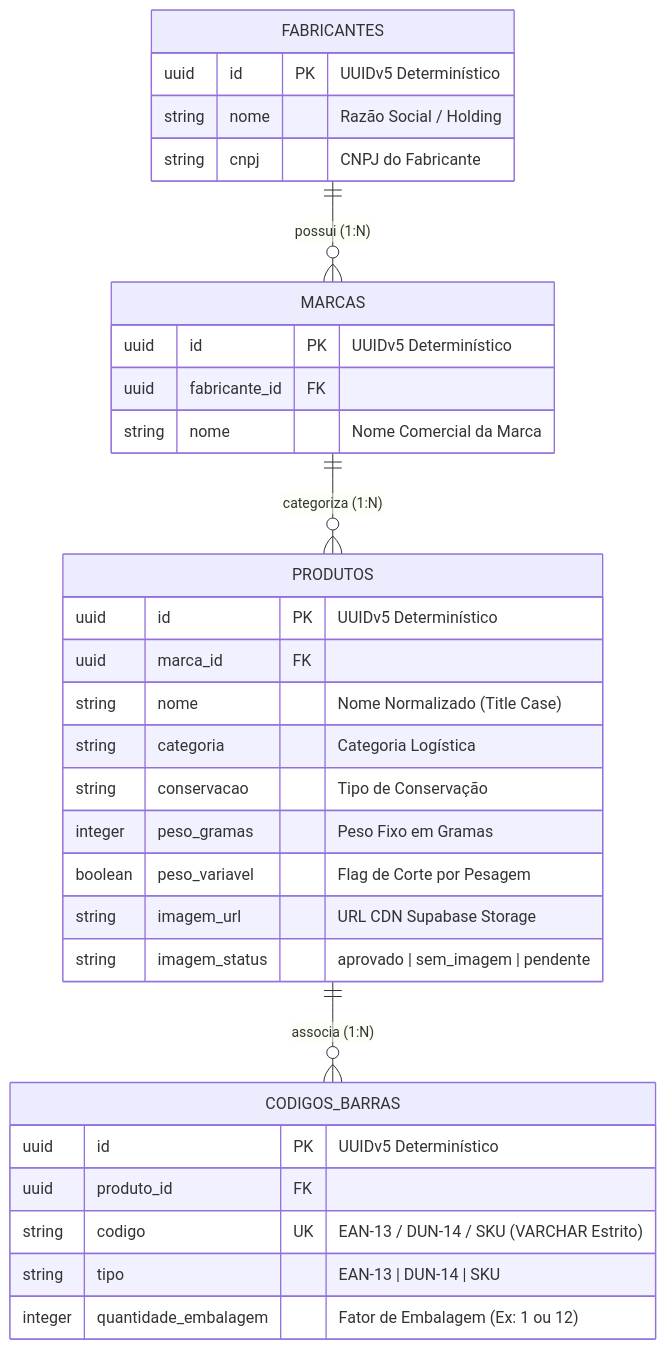
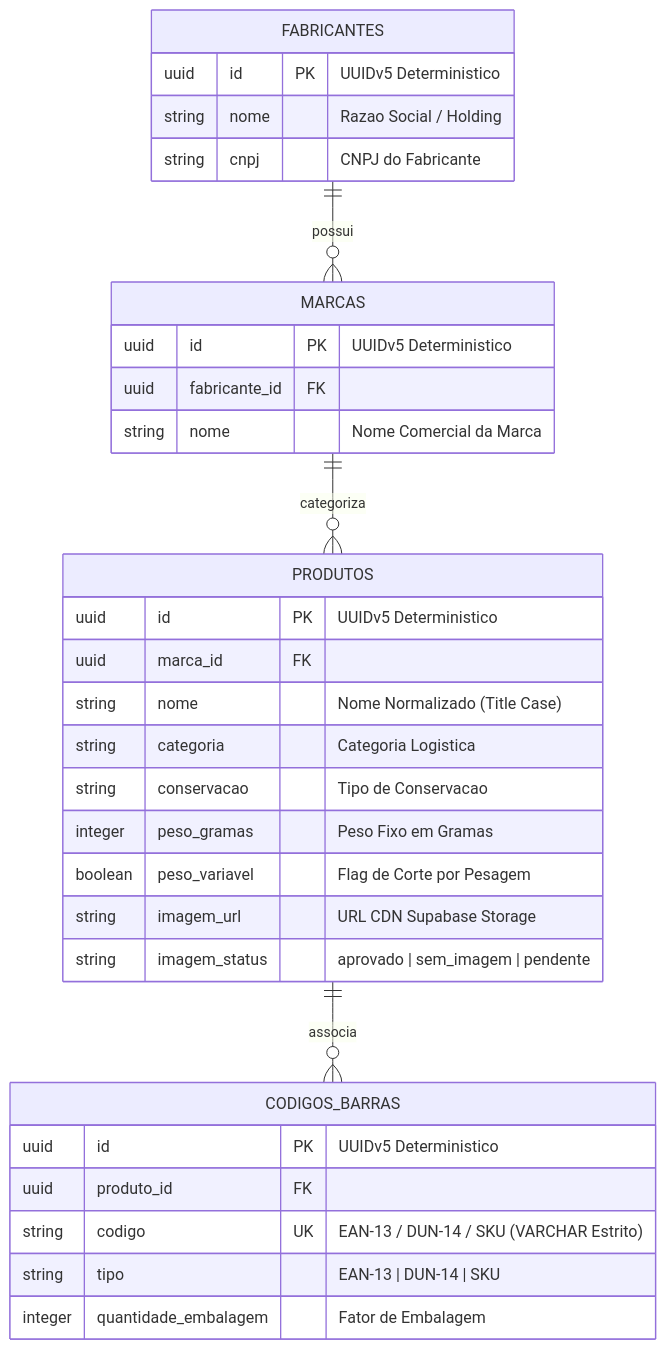
Before and after one commit to NaejBarbosa/paletscan-etl: the diagram in docs/schema-manifesto.md, drawn with Mermaid. The commit also changed 5 other files, not shown here.

Commit message:
fix(docs): corrige sintaxe dos diagramas Mermaid escapando aspas e caracteres especiais

````diff
--- a/docs/schema-manifesto.md
+++ b/docs/schema-manifesto.md
@@ -11,38 +11,38 @@
 ```mermaid
 erDiagram
-    FABRICANTES ||--o{ MARCAS : "possui (1:N)"
-    MARCAS ||--o{ PRODUTOS : "categoriza (1:N)"
-    PRODUTOS ||--o{ CODIGOS_BARRAS : "associa (1:N)"
+    FABRICANTES ||--o{ MARCAS : "possui"
+    MARCAS ||--o{ PRODUTOS : "categoriza"
+    PRODUTOS ||--o{ CODIGOS_BARRAS : "associa"
 
     FABRICANTES {
-        uuid id PK "UUIDv5 Determinístico"
-        string nome "Razão Social / Holding"
+        uuid id PK "UUIDv5 Deterministico"
+        string nome "Razao Social / Holding"
         string cnpj "CNPJ do Fabricante"
     }
 
     MARCAS {
-        uuid id PK "UUIDv5 Determinístico"
+        uuid id PK "UUIDv5 Deterministico"
         uuid fabricante_id FK
         string nome "Nome Comercial da Marca"
     }
 
     PRODUTOS {
-        uuid id PK "UUIDv5 Determinístico"
+        uuid id PK "UUIDv5 Deterministico"
         uuid marca_id FK
         string nome "Nome Normalizado (Title Case)"
-        string categoria "Categoria Logística"
-        string conservacao "Tipo de Conservação"
+        string categoria "Categoria Logistica"
+        string conservacao "Tipo de Conservacao"
         integer peso_gramas "Peso Fixo em Gramas"
         boolean peso_variavel "Flag de Corte por Pesagem"
         string imagem_url "URL CDN Supabase Storage"
         string imagem_status "aprovado | sem_imagem | pendente"
     }
 
     CODIGOS_BARRAS {
-        uuid id PK "UUIDv5 Determinístico"
+        uuid id PK "UUIDv5 Deterministico"
         uuid produto_id FK
         string codigo UK "EAN-13 / DUN-14 / SKU (VARCHAR Estrito)"
         string tipo "EAN-13 | DUN-14 | SKU"
-        integer quantidade_embalagem "Fator de Embalagem (Ex: 1 ou 12)"
+        integer quantidade_embalagem "Fator de Embalagem"
     }
 ```
````
